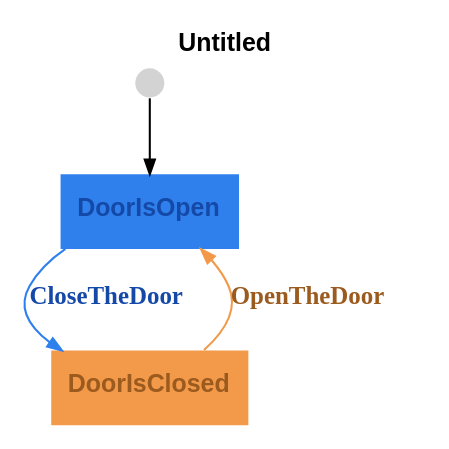
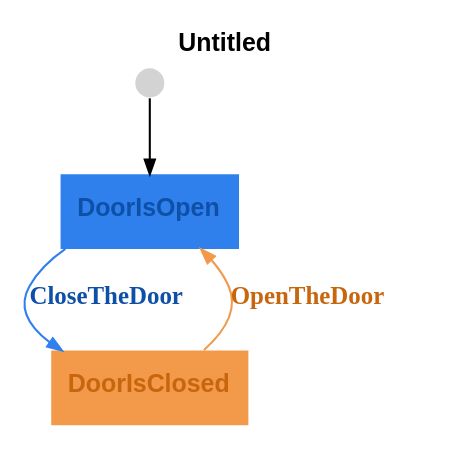
Before and after one commit to m-bock/purescript-transit: the diagram in graphs/door-graph.dot, drawn with Graphviz. The commit also changed 7 other files, not shown here.

```diff
--- a/graphs/door-graph.dot
+++ b/graphs/door-graph.dot
@@ -1,10 +1,10 @@
 digraph 
 {
 rankdir = "TD";fontname = "Arial";label = <<b>Untitled</b>>;labelloc = "t";fontsize = 12
-DoorIsOpen [shape = "box", label = <<b>DoorIsOpen</b>>, fontsize = 12, style = "filled", fillcolor = "#2f80ed", fontcolor = "#1449a8", fontname = "Arial", labelloc = "c", penwidth = 0.0]
+DoorIsOpen [shape = "box", label = <<b>DoorIsOpen</b>>, fontsize = 12, style = "filled", fillcolor = "#2f80ed", fontcolor = "#0e50a8", fontname = "Arial", labelloc = "c", penwidth = 0.0]
 __Start__ [shape = "circle", label = "", width = 0.2, height = 0.2, fixedsize = true, style = "filled", penwidth = 0.0]
 __Start__ -> DoorIsOpen [arrowsize = "0.7"]
-DoorIsOpen -> DoorIsClosed [label = <<b>CloseTheDoor</b>>, fontcolor = "#1449a8", color = "#2f80ed", fontsize = 12, arrowsize = "0.7"]
-DoorIsClosed [shape = "box", label = <<b>DoorIsClosed</b>>, fontsize = 12, style = "filled", fillcolor = "#f2994a", fontcolor = "#9b5a1e", fontname = "Arial", labelloc = "c", penwidth = 0.0]
-DoorIsClosed -> DoorIsOpen [label = <<b>OpenTheDoor</b>>, fontcolor = "#9b5a1e", color = "#f2994a", fontsize = 12, arrowsize = "0.7"]
+DoorIsOpen -> DoorIsClosed [label = <<b>CloseTheDoor</b>>, fontcolor = "#0e50a8", color = "#2f80ed", fontsize = 12, arrowsize = "0.7"]
+DoorIsClosed [shape = "box", label = <<b>DoorIsClosed</b>>, fontsize = 12, style = "filled", fillcolor = "#f2994a", fontcolor = "#c8660e", fontname = "Arial", labelloc = "c", penwidth = 0.0]
+DoorIsClosed -> DoorIsOpen [label = <<b>OpenTheDoor</b>>, fontcolor = "#c8660e", color = "#f2994a", fontsize = 12, arrowsize = "0.7"]
 }
```
